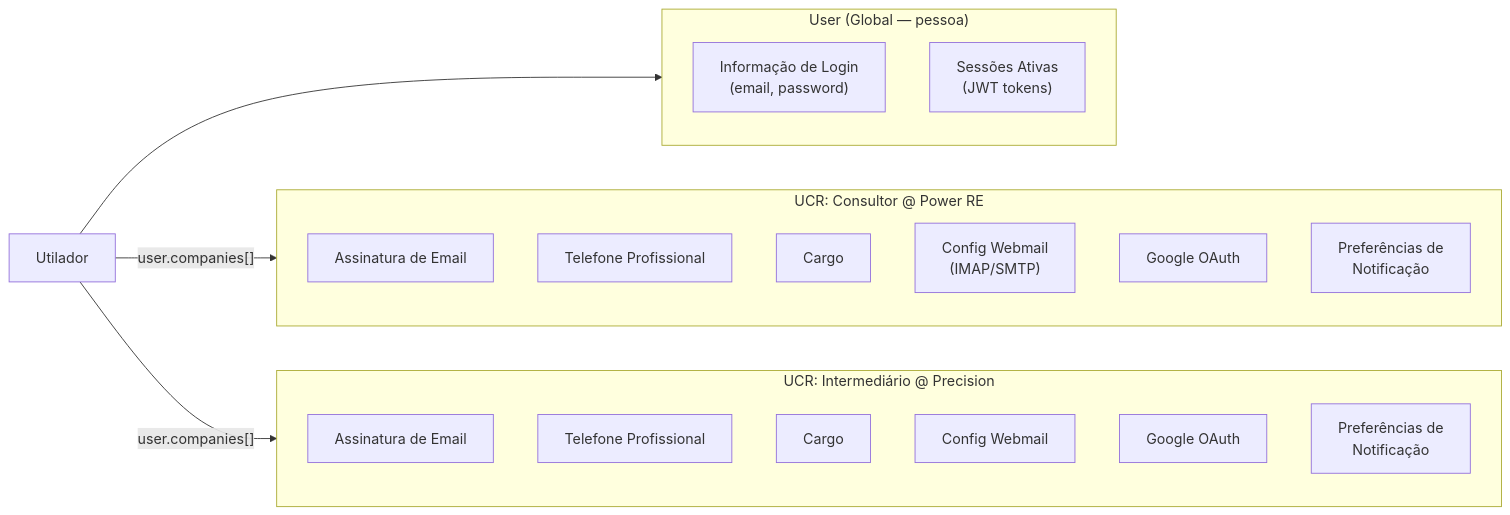
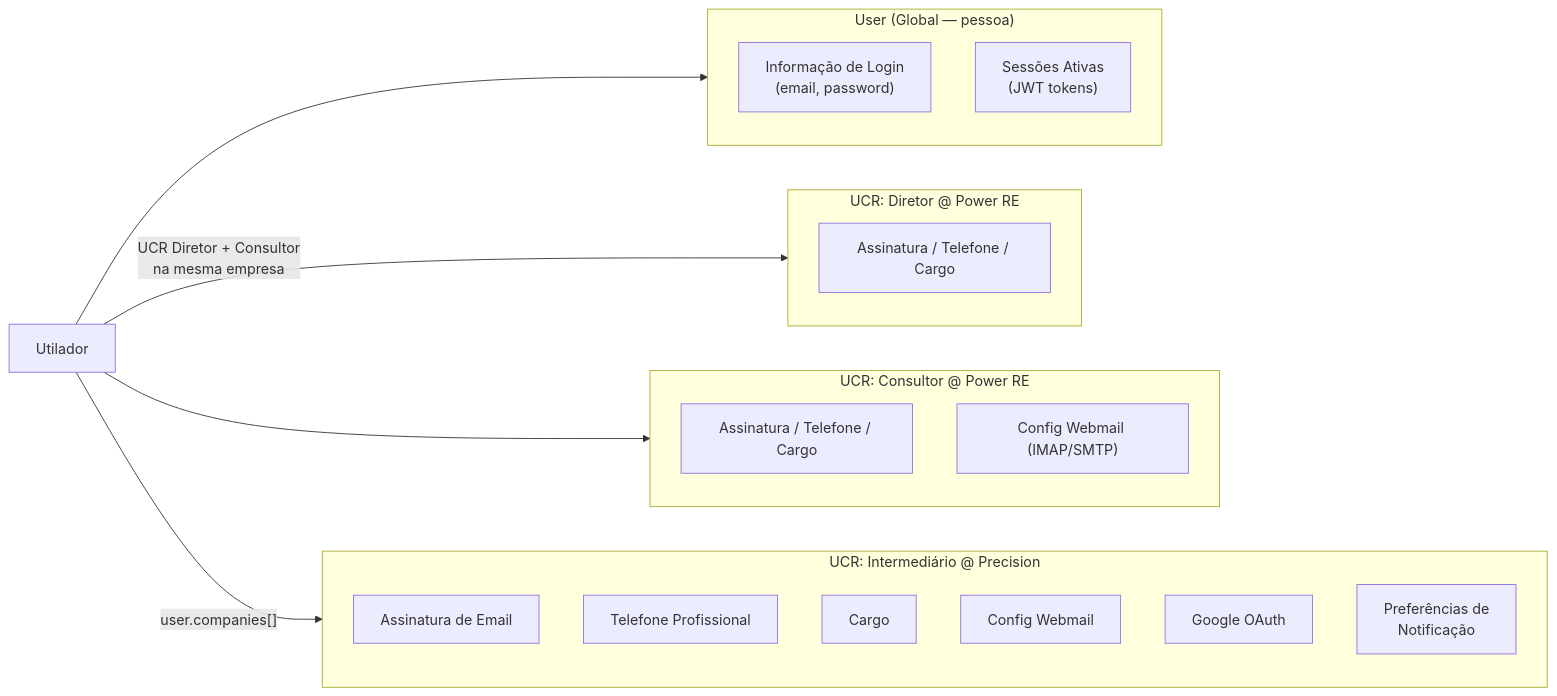
One commit to PowerPrecision/PowerCell changed diagram 24 of 27 in ARCHITECTURE.md. Above: the diagram before and after it, drawn with Mermaid. The commit also changed other lines of this file and 2 other files, not shown here.

Commit message:
Pacote FC: Update official documentation with UCR, Webmail Real-time, Calendar and Admin features

````diff
--- a/ARCHITECTURE.md
+++ b/ARCHITECTURE.md
@@ -1290,26 +1446,26 @@
 ```mermaid
 flowchart LR
     subgraph Global["User (Global — pessoa)"]
         Auth["Informação de Login<br/>(email, password)"]
         Sessions["Sessões Ativas<br/>(JWT tokens)"]
     end
-    subgraph UCR1["UCR: Consultor @ Power RE"]
-        Sig1["Assinatura de Email"]
-        Phone1["Telefone Profissional"]
-        Job1["Cargo"]
-        Mail1["Config Webmail<br/>(IMAP/SMTP)"]
-        Google1["Google OAuth"]
-        Notif1["Preferências de<br/>Notificação"]
+    subgraph UCR1a["UCR: Diretor @ Power RE"]
+        Sig1a["Assinatura / Telefone / Cargo"]
+    end
+    subgraph UCR1b["UCR: Consultor @ Power RE"]
+        Sig1b["Assinatura / Telefone / Cargo"]
+        Mail1["Config Webmail (IMAP/SMTP)"]
     end
     subgraph UCR2["UCR: Intermediário @ Precision"]
         Sig2["Assinatura de Email"]
         Phone2["Telefone Profissional"]
         Job2["Cargo"]
         Mail2["Config Webmail"]
         Google2["Google OAuth"]
         Notif2["Preferências de<br/>Notificação"]
     end
     User["Utilador"] --> Global
-    User -->|"user.companies[]"| UCR1
+    User -->|"UCR Diretor + Consultor<br/>na mesma empresa"| UCR1a
+    User --> UCR1b
     User -->|"user.companies[]"| UCR2
 ```
````
